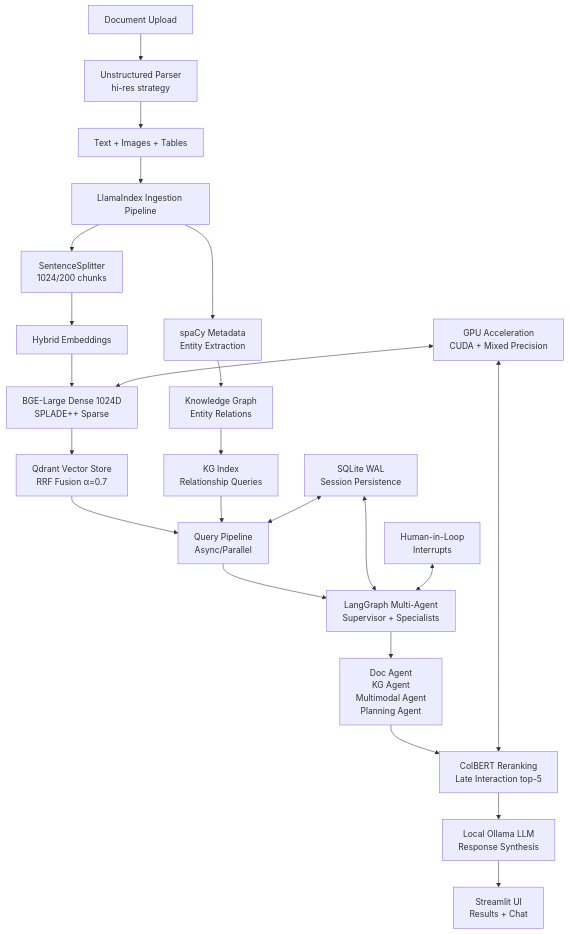
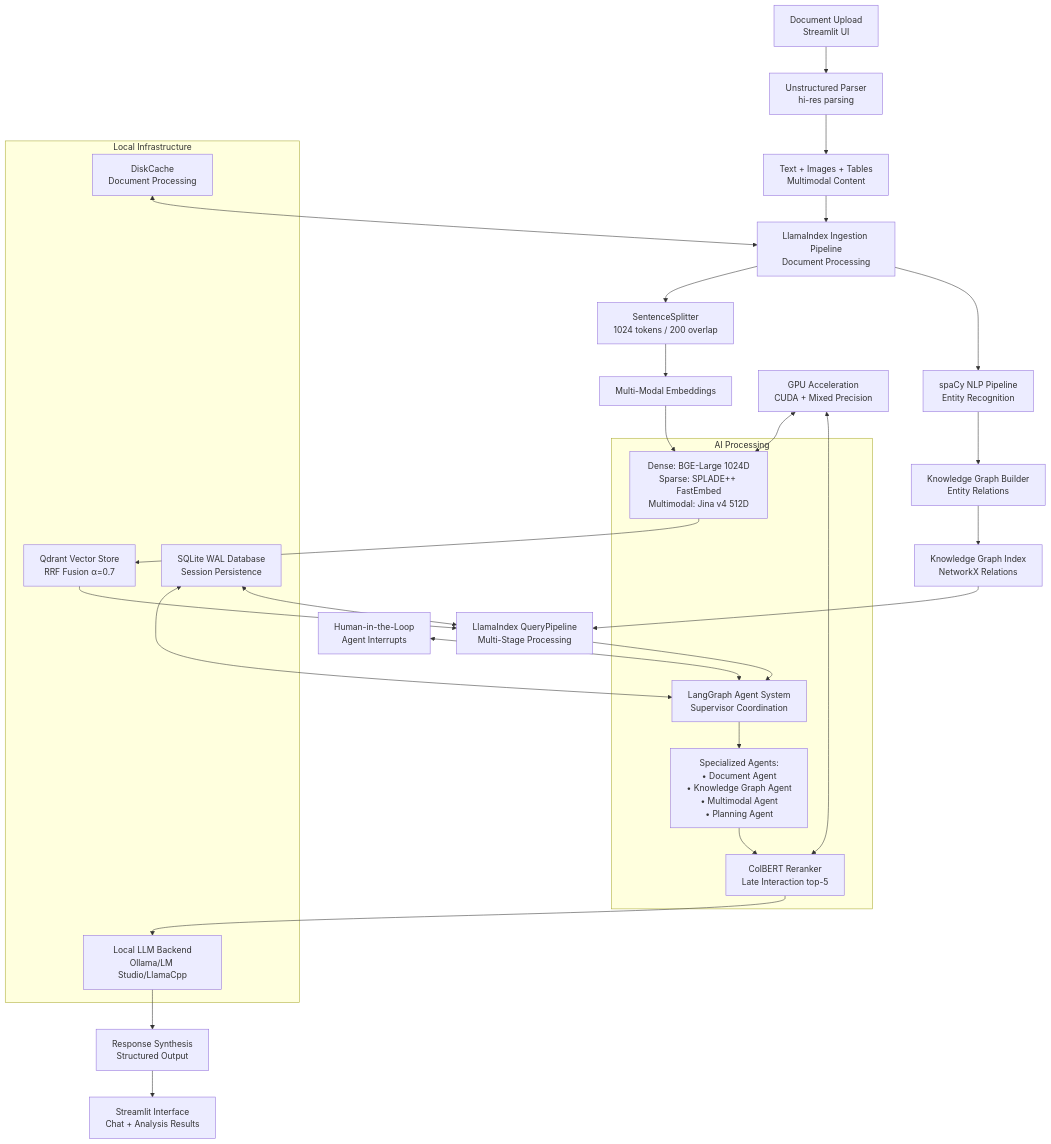
One commit to BjornMelin/docmind-ai-llm changed the diagram in README.md. Above: the diagram before and after it, drawn with Mermaid. The commit also changed other lines of this file and 28 other files, not shown here.

````diff
--- a/README.md
+++ b/README.md
@@ -272,26 +407,49 @@
 ```mermaid
 graph TD
-    A[Document Upload] --> B[Unstructured Parser<br/>hi-res strategy]
-    B --> C[Text + Images + Tables]
-    C --> D[LlamaIndex Ingestion Pipeline]
-    D --> E[SentenceSplitter<br/>1024/200 chunks]
-    D --> F[spaCy Metadata<br/>Entity Extraction]
-    E --> G[Hybrid Embeddings]
-    F --> H[Knowledge Graph<br/>Entity Relations]
-    G --> I[BGE-Large Dense 1024D<br/>SPLADE++ Sparse]
+    A[Document Upload<br/>Streamlit UI] --> B[Unstructured Parser<br/>hi-res parsing]
+    B --> C[Text + Images + Tables<br/>Multimodal Content]
+    C --> D[LlamaIndex Ingestion Pipeline<br/>Document Processing]
+    
+    D --> E[SentenceSplitter<br/>1024 tokens / 200 overlap]
+    D --> F[spaCy NLP Pipeline<br/>Entity Recognition]
+    
+    E --> G[Multi-Modal Embeddings]
+    F --> H[Knowledge Graph Builder<br/>Entity Relations]
+    
+    G --> I[Dense: BGE-Large 1024D<br/>Sparse: SPLADE++ FastEmbed<br/>Multimodal: Jina v4 512D]
     I --> J[Qdrant Vector Store<br/>RRF Fusion α=0.7]
-    H --> K[KG Index<br/>Relationship Queries]
-    J --> L[Query Pipeline<br/>Async/Parallel]
+    
+    H --> K[Knowledge Graph Index<br/>NetworkX Relations]
+    
+    J --> L[LlamaIndex QueryPipeline<br/>Multi-Stage Processing]
     K --> L
-    L --> M[LangGraph Multi-Agent<br/>Supervisor + Specialists]
-    M --> N[Doc Agent<br/>KG Agent<br/>Multimodal Agent<br/>Planning Agent]
-    N --> O[ColBERT Reranking<br/>Late Interaction top-5]
-    O --> P[Local Ollama LLM<br/>Response Synthesis]
-    P --> Q[Streamlit UI<br/>Results + Chat]
     
-    R[SQLite WAL<br/>Session Persistence] <--> L
-    R <--> M
-    S[GPU Acceleration<br/>CUDA + Mixed Precision] <--> I
-    S <--> O
-    T[Human-in-Loop<br/>Interrupts] <--> M
+    L --> M[LangGraph Agent System<br/>Supervisor Coordination]
+    M --> N[Specialized Agents:<br/>• Document Agent<br/>• Knowledge Graph Agent<br/>• Multimodal Agent<br/>• Planning Agent]
+    
+    N --> O[ColBERT Reranker<br/>Late Interaction top-5]
+    O --> P[Local LLM Backend<br/>Ollama/LM Studio/LlamaCpp]
+    P --> Q[Response Synthesis<br/>Structured Output]
+    Q --> R[Streamlit Interface<br/>Chat + Analysis Results]
+    
+    S[SQLite WAL Database<br/>Session Persistence] <--> M
+    S <--> L
+    T[DiskCache<br/>Document Processing] <--> D
+    U[GPU Acceleration<br/>CUDA + Mixed Precision] <--> I
+    U <--> O
+    V[Human-in-the-Loop<br/>Agent Interrupts] <--> M
+    
+    subgraph "Local Infrastructure"
+        P
+        S
+        T
+        J
+    end
+    
+    subgraph "AI Processing"
+        I
+        O
+        M
+        N
+    end
 ```
````
